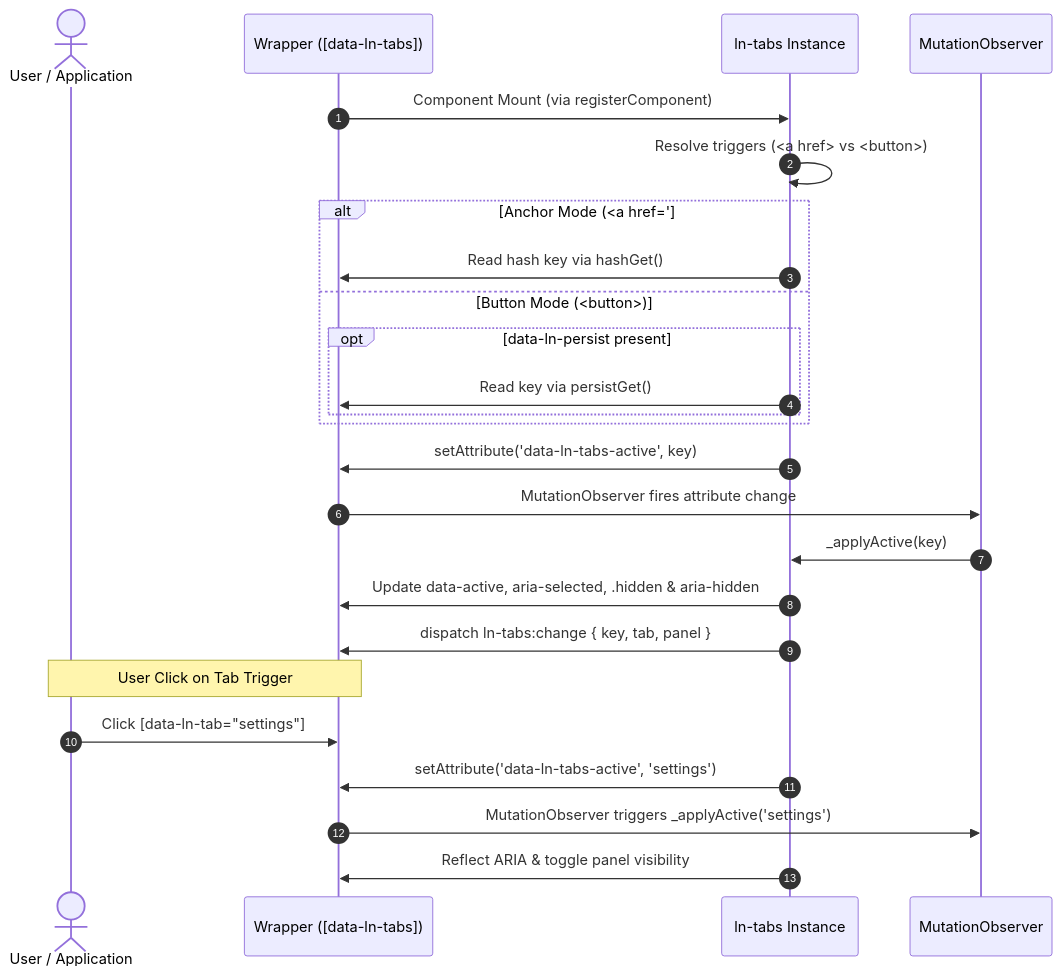
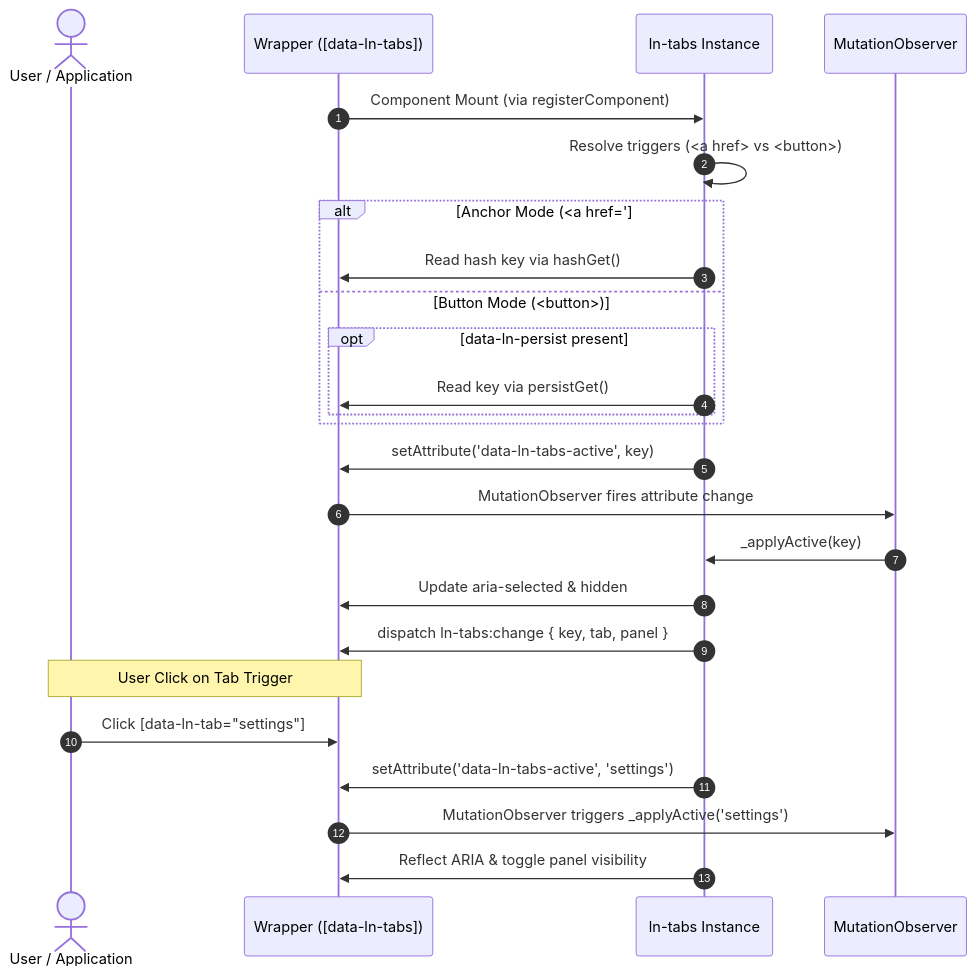
Before and after one commit to livenetworks/ln-acme: the diagram in docs-mcp/components/ln-tabs.md, drawn with Mermaid. The commit also changed other lines of this file and 26 other files, not shown here.

````diff
--- a/docs-mcp/components/ln-tabs.md
+++ b/docs-mcp/components/ln-tabs.md
@@ -156,31 +155,31 @@
 ```mermaid
 sequenceDiagram
     autonumber
     actor User as User / Application
     participant DOM as Wrapper ([data-ln-tabs])
     participant Instance as ln-tabs Instance
     participant MO as MutationObserver
 
     DOM->>Instance: Component Mount (via registerComponent)
     Instance->>Instance: Resolve triggers (<a href> vs <button>)
 
     alt Anchor Mode (<a href="#...">)
         Instance->>DOM: Read hash key via hashGet()
     else Button Mode (<button>)
         opt data-ln-persist present
             Instance->>DOM: Read key via persistGet()
         end
     end
 
     Instance->>DOM: setAttribute('data-ln-tabs-active', key)
     DOM->>MO: MutationObserver fires attribute change
     MO->>Instance: _applyActive(key)
-    Instance->>DOM: Update data-active, aria-selected, .hidden & aria-hidden
+    Instance->>DOM: Update aria-selected & hidden
     Instance->>DOM: dispatch ln-tabs:change { key, tab, panel }
 
     Note over User, DOM: User Click on Tab Trigger
     User->>DOM: Click [data-ln-tab="settings"]
     Instance->>DOM: setAttribute('data-ln-tabs-active', 'settings')
     DOM->>MO: MutationObserver triggers _applyActive('settings')
     Instance->>DOM: Reflect ARIA & toggle panel visibility
 ```
````
